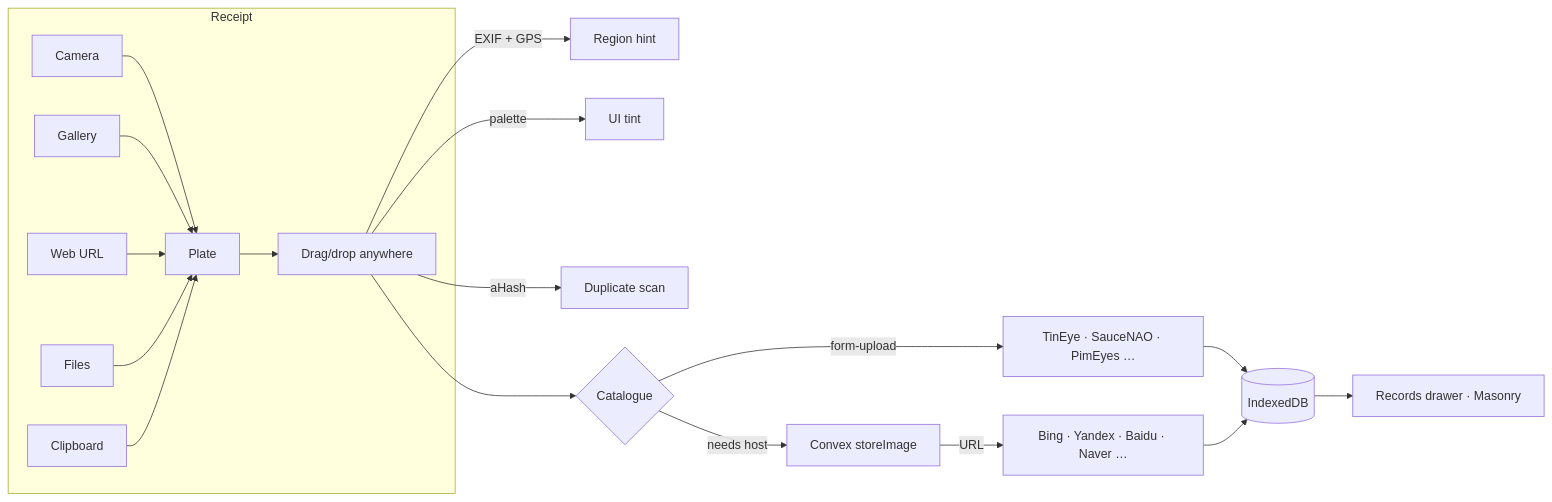
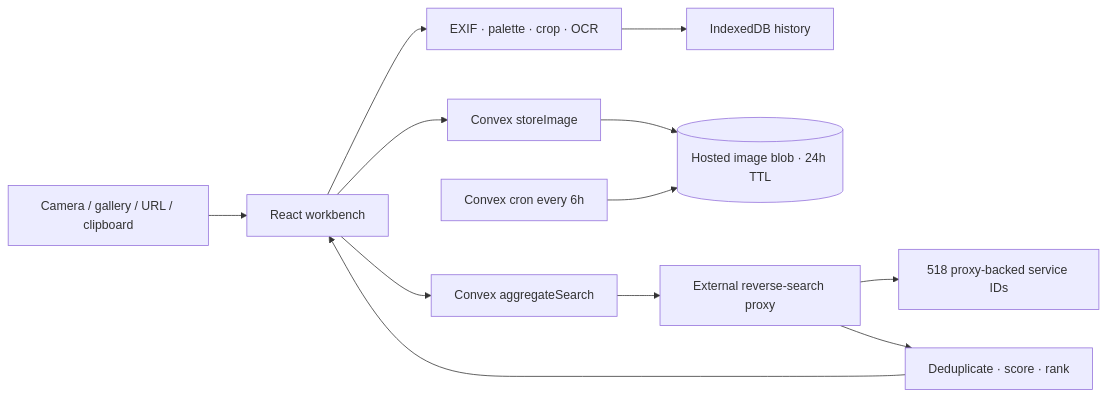
Before and after one commit to Alot1z/image-artisan-guild: the diagram in README.md, drawn with Mermaid. The commit also changed other lines of this file and 8 other files, not shown here.

````diff
--- a/README.md
+++ b/README.md
@@ -16,21 +7,14 @@
 ```mermaid
 flowchart LR
-  subgraph Receipt
-    A1[Camera] --> R[Plate]
-    A2[Gallery] --> R
-    A3[Web URL] --> R
-    A4[Files] --> R
-    A5[Clipboard] --> R
-    R --> R2[Drag/drop anywhere]
-  end
-  R2 -->|EXIF + GPS| Hint[Region hint]
-  R2 -->|palette| Tint[UI tint]
-  R2 -->|aHash| Dup[Duplicate scan]
-  R2 --> Engines{Catalogue}
-  Engines -->|form-upload| Out1[TinEye · SauceNAO · PimEyes …]
-  Engines -->|needs host| Host[Convex storeImage]
-  Host -->|URL| Out2[Bing · Yandex · Baidu · Naver …]
-  Out1 --> Records[(IndexedDB)]
-  Out2 --> Records
-  Records --> Drawer[Records drawer · Masonry]
+  A[Camera / gallery / URL / clipboard] --> B[React workbench]
+  B --> C[EXIF · palette · crop · OCR]
+  C --> D[IndexedDB history]
+  B --> E[Convex storeImage]
+  E --> F[(Hosted image blob · 24h TTL)]
+  B --> G[Convex aggregateSearch]
+  G --> H[External reverse-search proxy]
+  H --> I[518 proxy-backed service IDs]
+  H --> J[Deduplicate · score · rank]
+  J --> B
+  K[Convex cron every 6h] --> F
 ```
````
